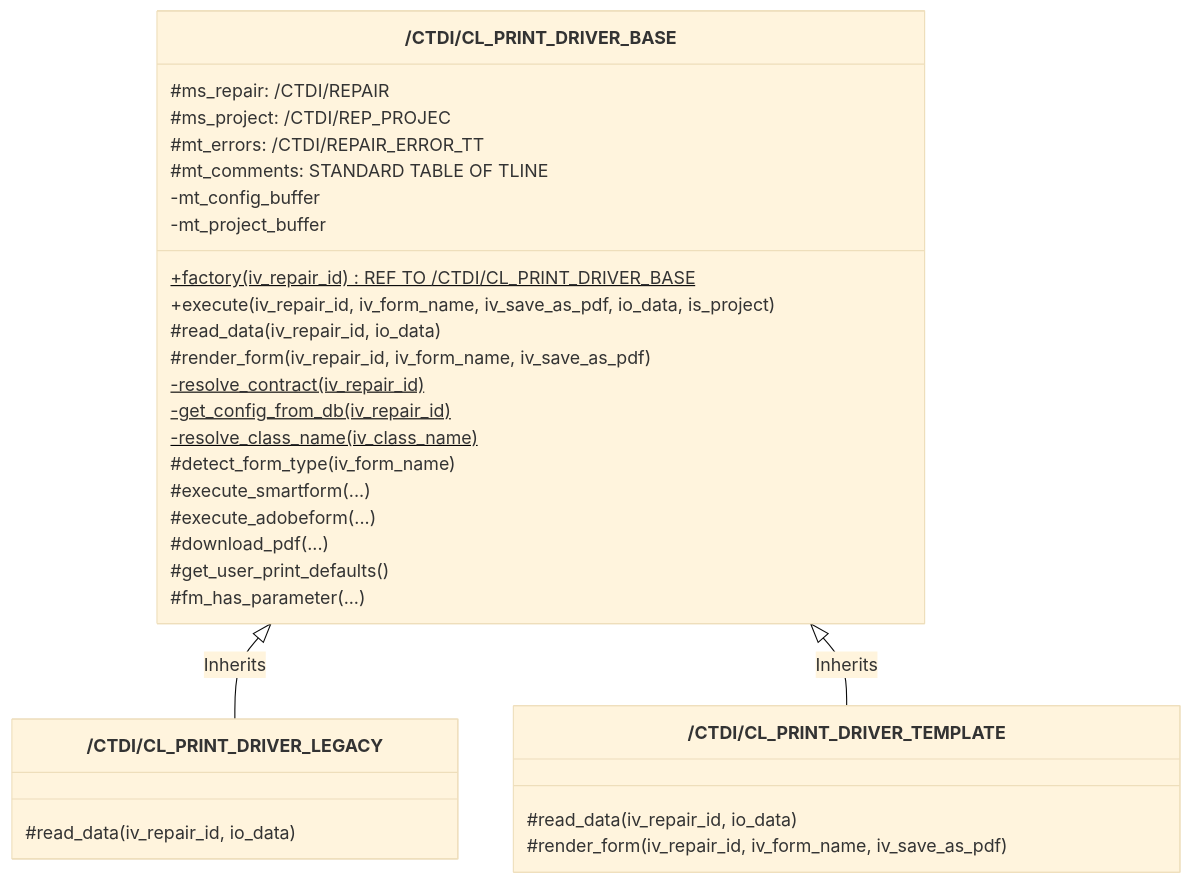
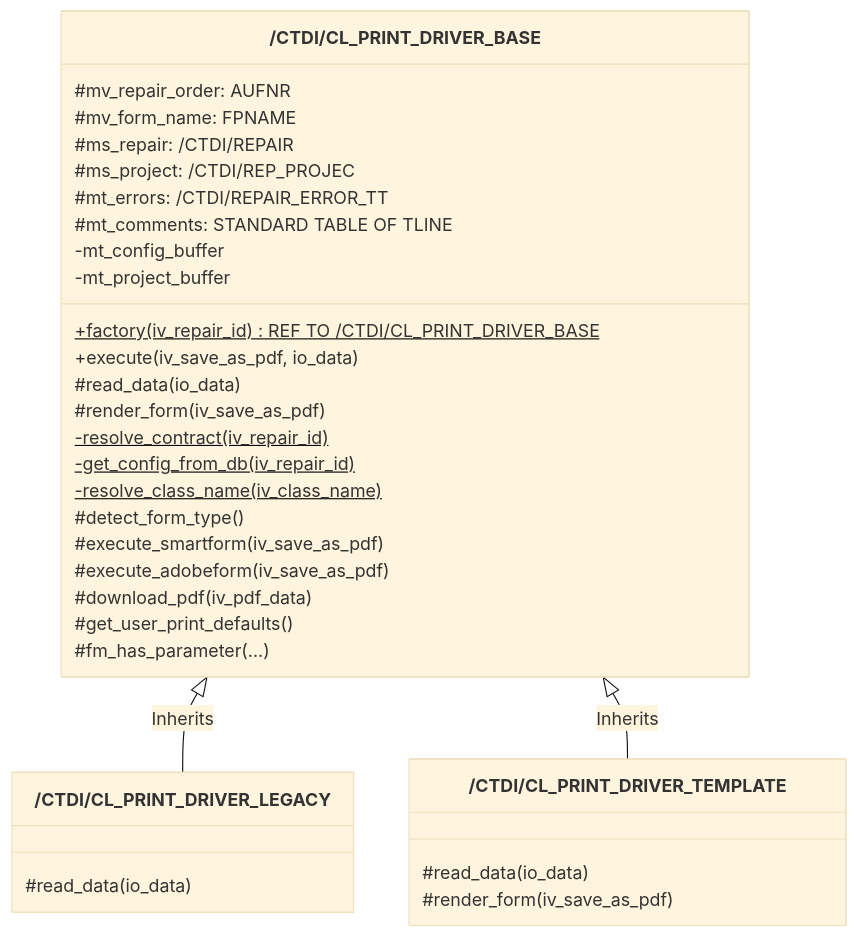
The first of 2 diagrams in uml_new.md (sbozbuga/DynAbap), drawn with Mermaid (base theme) before and after one commit.

Commit message:
refactor: simplify print driver method signatures and add internal member variables to UML diagram

````diff
--- a/uml_new.md
+++ b/uml_new.md
@@ -5,36 +5,38 @@
 ```mermaid
 classDiagram
     class `/CTDI/CL_PRINT_DRIVER_BASE` {
+        #mv_repair_order: AUFNR
+        #mv_form_name: FPNAME
         #ms_repair: /CTDI/REPAIR
         #ms_project: /CTDI/REP_PROJEC
         #mt_errors: /CTDI/REPAIR_ERROR_TT
         #mt_comments: STANDARD TABLE OF TLINE
         -mt_config_buffer
         -mt_project_buffer
         +factory(iv_repair_id)$ REF TO /CTDI/CL_PRINT_DRIVER_BASE
-        +execute(iv_repair_id, iv_form_name, iv_save_as_pdf, io_data, is_project)
-        #read_data(iv_repair_id, io_data)
-        #render_form(iv_repair_id, iv_form_name, iv_save_as_pdf)
+        +execute(iv_save_as_pdf, io_data)
+        #read_data(io_data)
+        #render_form(iv_save_as_pdf)
         -resolve_contract(iv_repair_id)$
         -get_config_from_db(iv_repair_id)$
         -resolve_class_name(iv_class_name)$
-        #detect_form_type(iv_form_name)
-        #execute_smartform(...)
-        #execute_adobeform(...)
-        #download_pdf(...)
+        #detect_form_type()
+        #execute_smartform(iv_save_as_pdf)
+        #execute_adobeform(iv_save_as_pdf)
+        #download_pdf(iv_pdf_data)
         #get_user_print_defaults()
         #fm_has_parameter(...)
     }
 
     class `/CTDI/CL_PRINT_DRIVER_LEGACY` {
-        #read_data(iv_repair_id, io_data)
+        #read_data(io_data)
     }
 
     class `/CTDI/CL_PRINT_DRIVER_TEMPLATE` {
-        #read_data(iv_repair_id, io_data)
-        #render_form(iv_repair_id, iv_form_name, iv_save_as_pdf)
+        #read_data(io_data)
+        #render_form(iv_save_as_pdf)
     }
 
     `/CTDI/CL_PRINT_DRIVER_BASE` <|-- `/CTDI/CL_PRINT_DRIVER_LEGACY` : Inherits
     `/CTDI/CL_PRINT_DRIVER_BASE` <|-- `/CTDI/CL_PRINT_DRIVER_TEMPLATE` : Inherits
 ```
````
